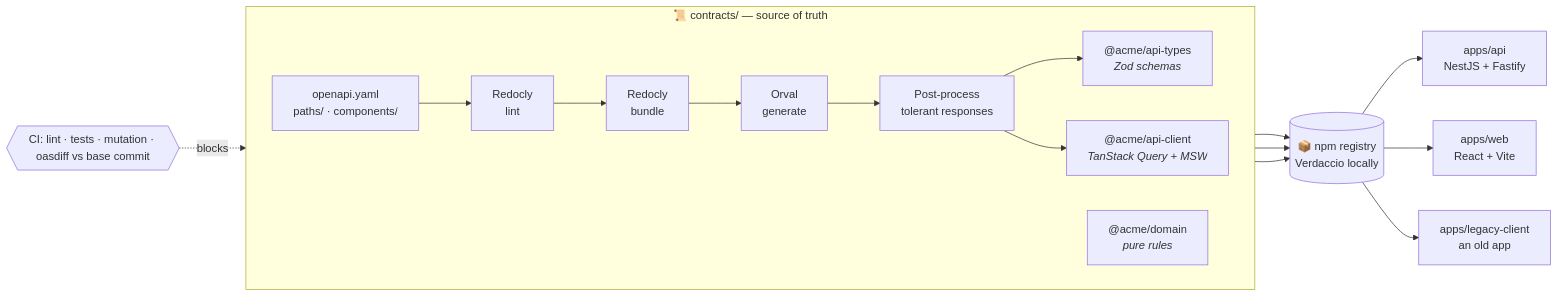
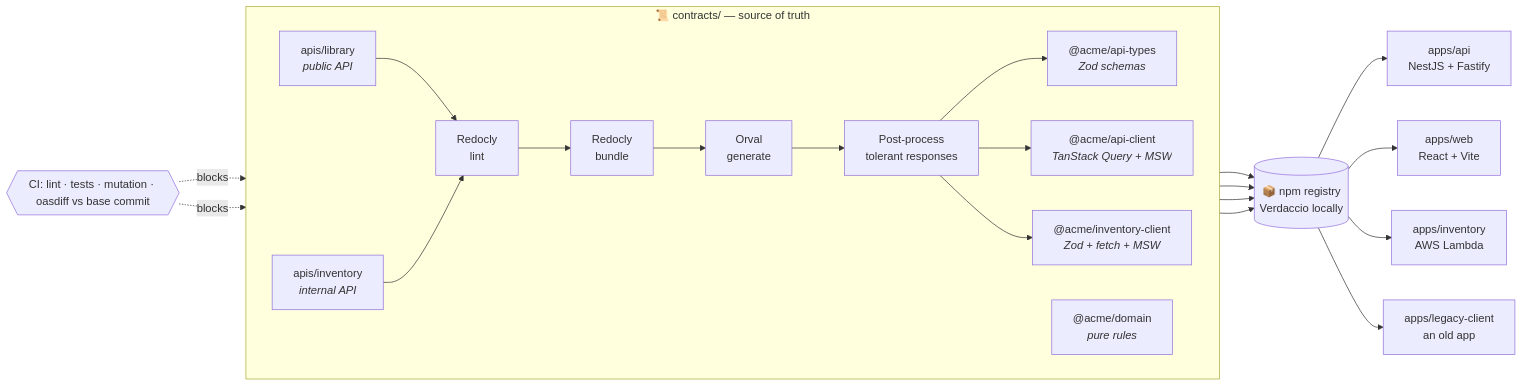
One commit to M4ciel/contract-first-poc changed the first of 6 diagrams in README.md. Above: the diagram before and after it, drawn with Mermaid. The commit also changed other lines of this file, not shown here.

Commit message:
docs(readme): show the inventory lambda service in the architecture

````diff
--- a/README.md
+++ b/README.md
@@ -52,21 +52,24 @@
 ```mermaid
 flowchart LR
   subgraph contracts["📜 contracts/ — source of truth"]
     direction LR
-    Y["openapi.yaml<br/>paths/ · components/"] --> L["Redocly<br/>lint"]
+    Y1["apis/library<br/><i>public API</i>"] --> L["Redocly<br/>lint"]
+    Y2["apis/inventory<br/><i>internal API</i>"] --> L
     L --> B["Redocly<br/>bundle"]
     B --> O["Orval<br/>generate"]
     O --> P["Post-process<br/>tolerant responses"]
     P --> T["@acme/api-types<br/><i>Zod schemas</i>"]
     P --> C["@acme/api-client<br/><i>TanStack Query + MSW</i>"]
+    P --> IC["@acme/inventory-client<br/><i>Zod + fetch + MSW</i>"]
     D["@acme/domain<br/><i>pure rules</i>"]
   end
 
-  CI{{"CI: lint · tests · mutation · oasdiff vs base commit"}} -. blocks .-> Y
+  CI{{"CI: lint · tests · mutation · oasdiff vs base commit"}} -. blocks .-> Y1 & Y2
 
-  T & C & D --> REG[("📦 npm registry<br/>Verdaccio locally")]
+  T & C & IC & D --> REG[("📦 npm registry<br/>Verdaccio locally")]
 
   REG --> API["apps/api<br/>NestJS + Fastify"]
   REG --> WEB["apps/web<br/>React + Vite"]
+  REG --> INV["apps/inventory<br/>AWS Lambda"]
   REG --> LEG["apps/legacy-client<br/>an old app"]
 ```
````
